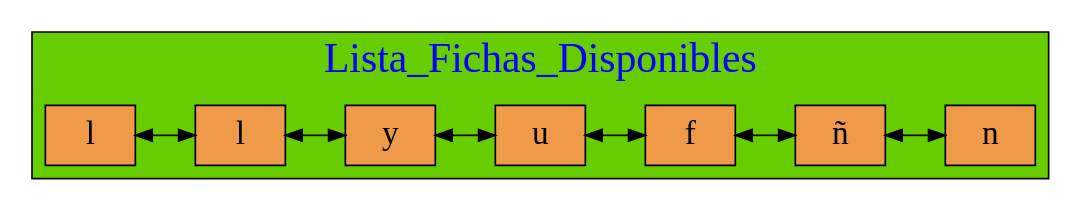
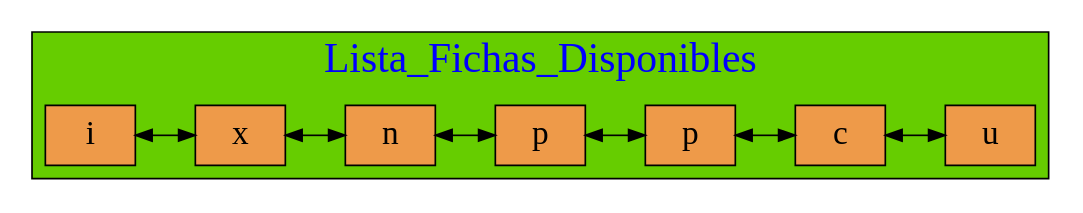
One commit to mariotun/EDD_1S2020_PY1_201602942 changed the diagram in Graficas/LD_Fichas_Jugador.dot. Above: the diagram before and after it, drawn with Graphviz. The commit also changed 12 other files, not shown here.

```diff
--- a/Graficas/LD_Fichas_Jugador.dot
+++ b/Graficas/LD_Fichas_Jugador.dot
@@ -1,35 +1,35 @@
 digraph Lista_Doble{
 
 graph[ranksep= "0.5",nodesep= "0.5"];
 node[fontcolor=black shape=box style=filled fillcolor=tan2 fontsize=20];
 
 subgraph cluster_1 {
 
 fontname=algerian
 fontsize=25;
 label="Lista_Fichas_Disponibles";
 fontcolor=blue
 style=filled
 fillcolor=chartreuse3
 labelloc=t;{rank=same;
-25770488768[label=" l"];
-25770488816[label=" l"];
-25770488864[label=" y"];
-25770489056[label=" u"];
-25770481328[label=" f"];
-25770481376[label=" ñ"];
-25770481424[label=" n"];
+25770509856[label=" i"];
+25770509904[label=" x"];
+25770509952[label=" n"];
+25770512576[label=" p"];
+25770512624[label=" p"];
+25770512672[label=" c"];
+25770512720[label=" u"];
 };
 
-25770488768->
-25770488816->
-25770488864->
-25770489056->
-25770481328->
-25770481376->
-25770481424
+25770509856->
+25770509904->
+25770509952->
+25770512576->
+25770512624->
+25770512672->
+25770512720
 [dir=both  color=black];
 
  }
 
 }
```
